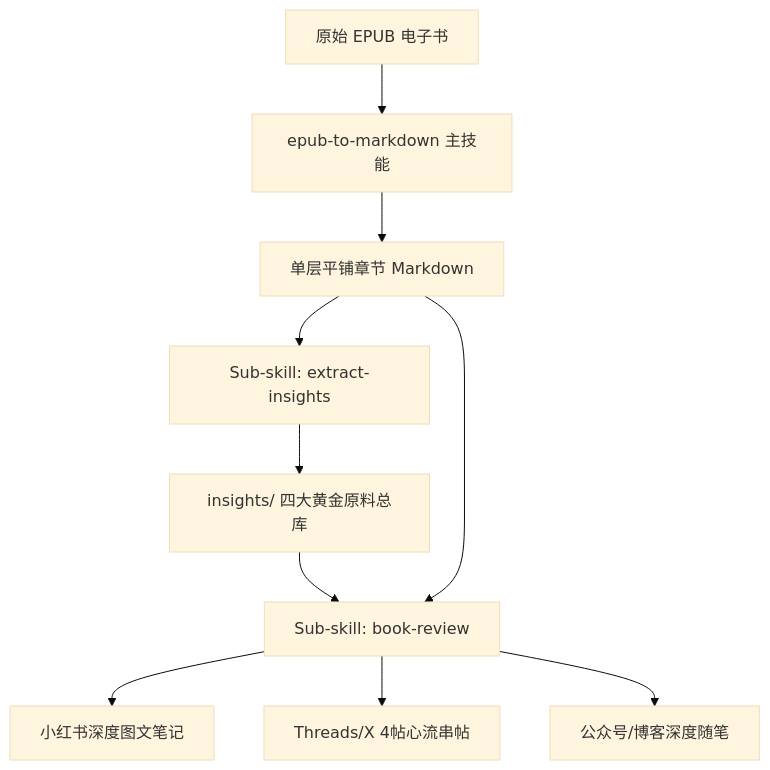
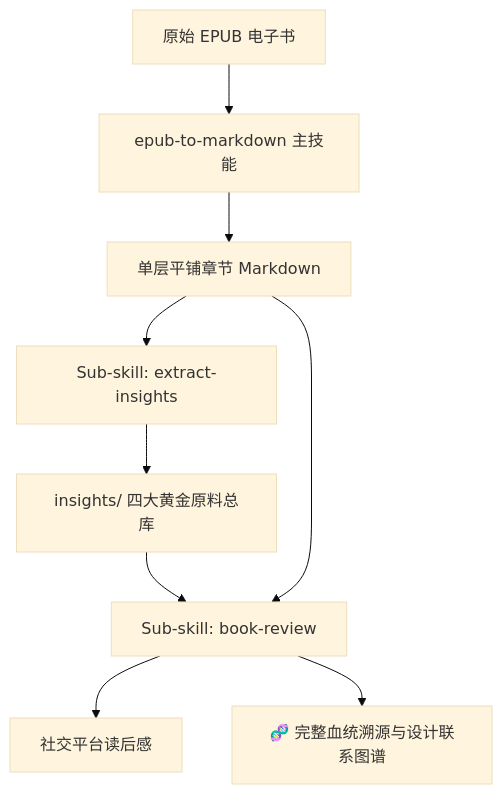
One commit to ubworkshop/book-distiller changed the diagram in SKILL.md. Above: the diagram before and after it, drawn with Mermaid (base theme). The commit also changed other lines of this file and 4 other files, not shown here.

Commit message:
feat: add full lineage & provenance graph to book-review sub-skill (v2.7)

````diff
--- a/SKILL.md
+++ b/SKILL.md
@@ -26,12 +26,11 @@
 ```mermaid
 flowchart TD
     EPUB[原始 EPUB 电子书] --> Main[epub-to-markdown 主技能]
     Main --> Chapters[单层平铺章节 Markdown]
     Chapters --> S1[Sub-skill: extract-insights]
     S1 --> Insights[insights/ 四大黄金原料总库]
     Insights --> S2[Sub-skill: book-review]
     Chapters --> S2
-    S2 --> XHS[小红书深度图文笔记]
-    S2 --> Threads[Threads/X 4帖心流串帖]
-    S2 --> WeChat[公众号/博客深度随笔]
+    S2 --> Reviews[社交平台读后感]
+    S2 --> Provenance[🧬 完整血统溯源与设计联系图谱]
 ```
````
